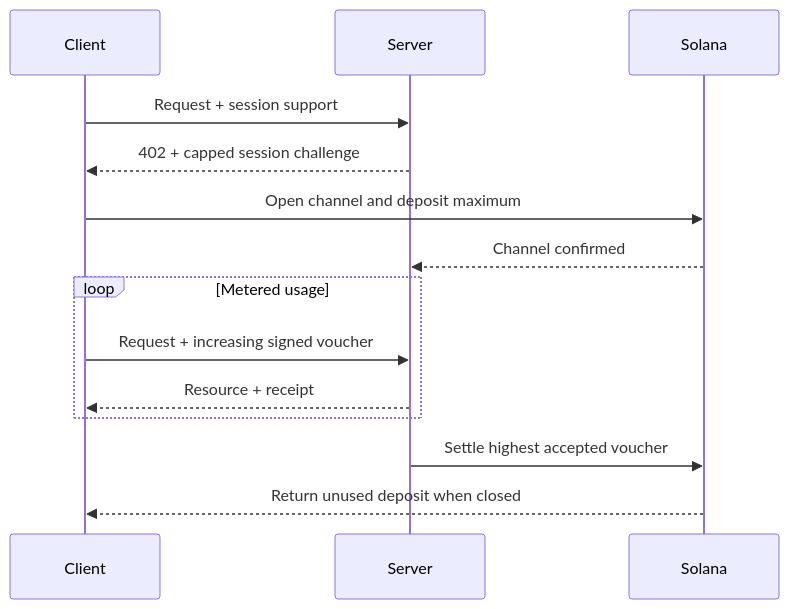
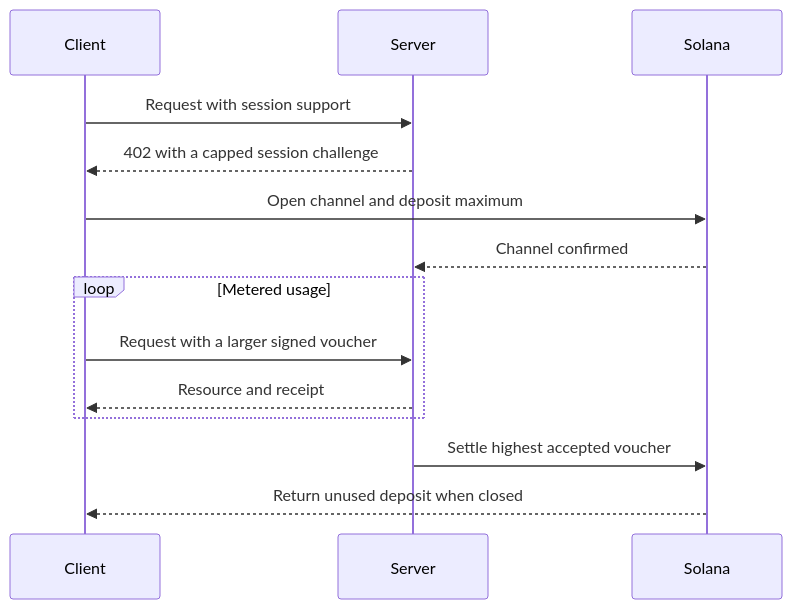
Before and after one commit to catmcgee/solana-com: the second of 2 diagrams in apps/docs/docs/payments/agentic-payments/mpp.mdx, drawn with Mermaid. The commit also changed other lines of this file and 798 other files, not shown here.

First line of the commit message:
docs: redesign diagrams, make demos run like real executions, reuse the real solana.com header, new Build dropdown

````diff
--- a/apps/docs/docs/payments/agentic-payments/mpp.mdx
+++ b/apps/docs/docs/payments/agentic-payments/mpp.mdx
@@ -148,16 +148,16 @@
 ```mermaid
 sequenceDiagram
     participant Client
     participant Server
     participant Solana
-    Client->>Server: Request + session support
-    Server-->>Client: 402 + capped session challenge
+    Client->>Server: Request with session support
+    Server-->>Client: 402 with a capped session challenge
     Client->>Solana: Open channel and deposit maximum
     Solana-->>Server: Channel confirmed
     loop Metered usage
-        Client->>Server: Request + increasing signed voucher
-        Server-->>Client: Resource + receipt
+        Client->>Server: Request with a larger signed voucher
+        Server-->>Client: Resource and receipt
     end
     Server->>Solana: Settle highest accepted voucher
     Solana-->>Client: Return unused deposit when closed
 ```
````
